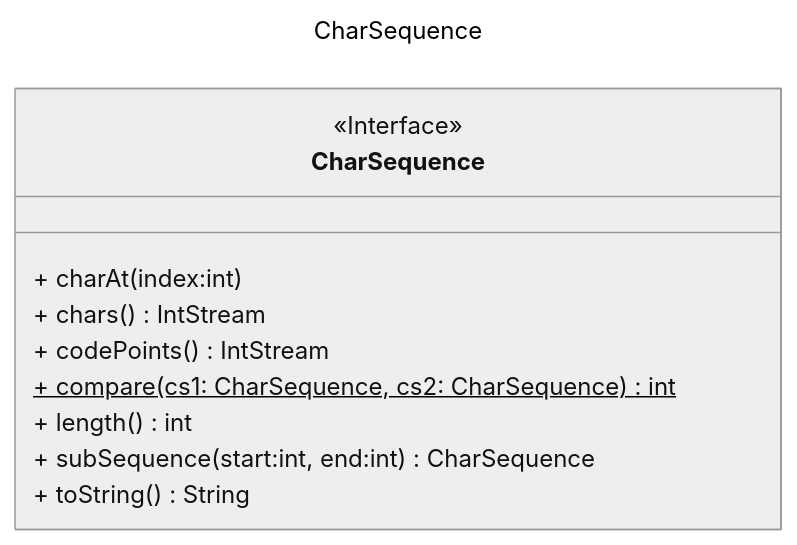
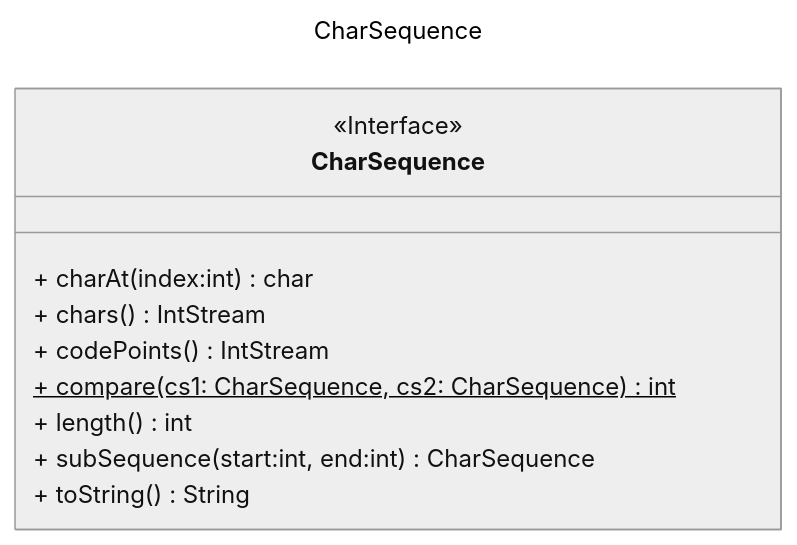
Before and after one commit to jfcmacro/java-fundamentals-2024-1: the first of 5 diagrams in sessions/05/Session.md, drawn with Mermaid (neutral theme). The commit also changed other lines of this file and 11 other files, not shown here.

````diff
--- a/sessions/05/Session.md
+++ b/sessions/05/Session.md
@@ -29,16 +30,16 @@
 ```mermaid
 ---
 title: CharSequence
 ---
 classDiagram
    class CharSequence {
        <<Interface>>
-       + charAt(index:int)
+       + charAt(index:int) char
        + chars() IntStream
        + codePoints() IntStream
        + compare(cs1: CharSequence, cs2: CharSequence) int$
        + length() int
        + subSequence(start:int, end:int) CharSequence
        + toString() String
    }
 ```
````
